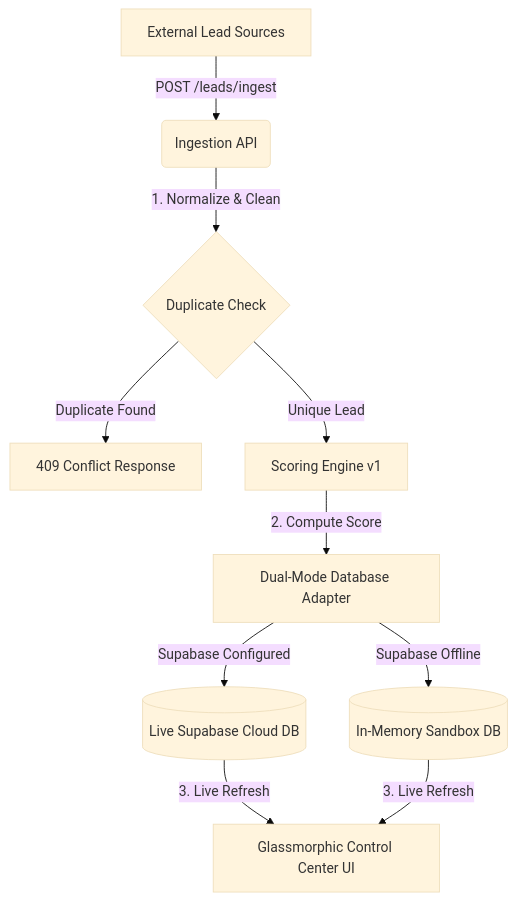
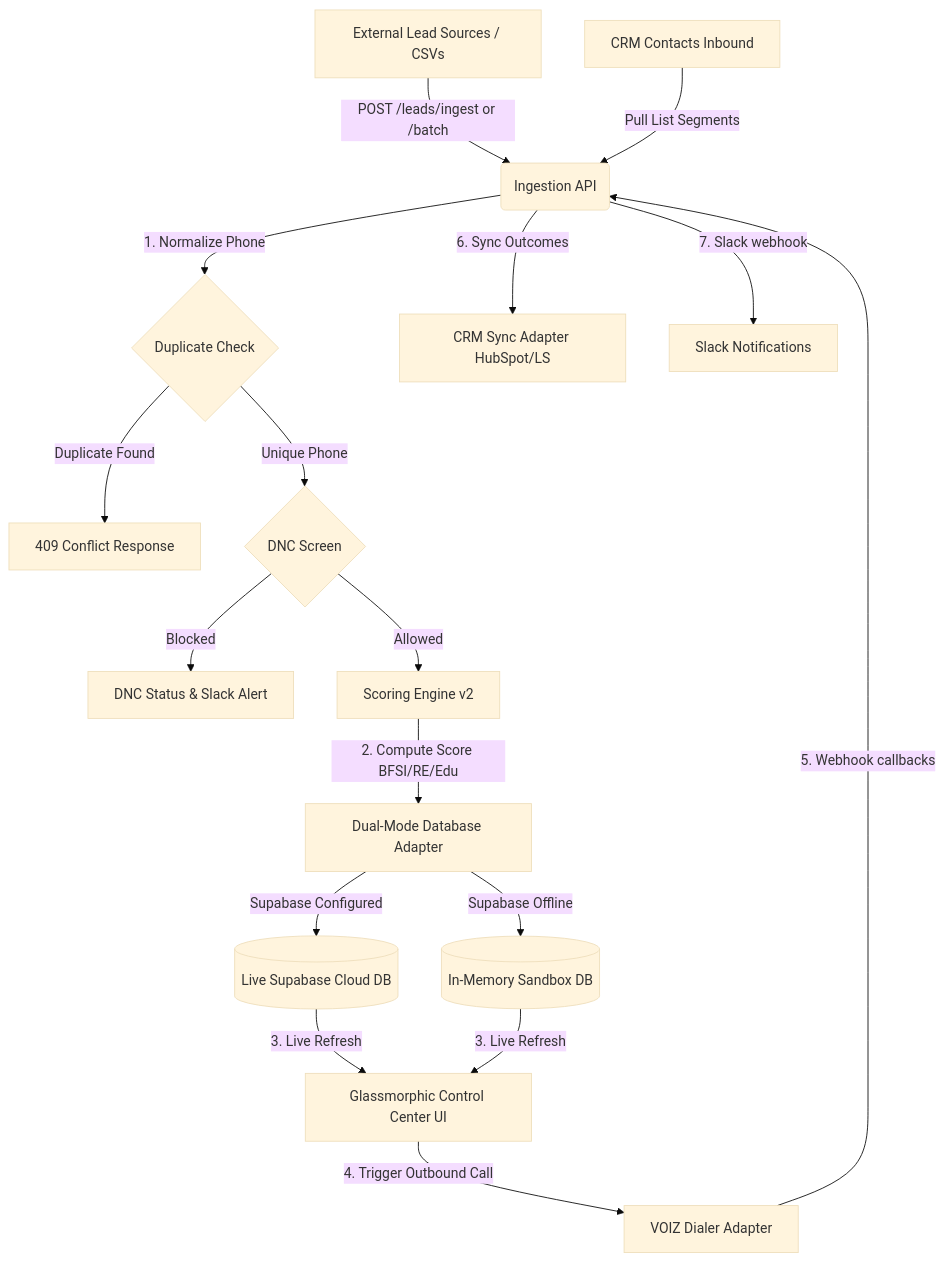
The diagram in README.md (arpansingha7/LEADX), drawn with Mermaid (base theme) before and after one commit. The commit also changed other lines of this file and 2 other files, not shown here.

````diff
--- a/README.md
+++ b/README.md
@@ -16,11 +16,18 @@
 ```mermaid
 flowchart TD
-    A[External Lead Sources] -->|POST /leads/ingest| B(Ingestion API)
-    B -->|1. Normalize & Clean| C{Duplicate Check}
+    A[External Lead Sources / CSVs] -->|POST /leads/ingest or /batch| B(Ingestion API)
+    CRM[CRM Contacts Inbound] -->|Pull List Segments| B
+    B -->|1. Normalize Phone| C{Duplicate Check}
     C -->|Duplicate Found| D[409 Conflict Response]
-    C -->|Unique Lead| E[Scoring Engine v1]
-    E -->|2. Compute Score| F[Dual-Mode Database Adapter]
-    F -->|Supabase Configured| G[(Live Supabase Cloud DB)]
-    F -->|Supabase Offline| H[(In-Memory Sandbox DB)]
-    G & H -->|3. Live Refresh| I[Glassmorphic Control Center UI]
+    C -->|Unique Phone| E{DNC Screen}
+    E -->|Blocked| F[DNC Status & Slack Alert]
+    E -->|Allowed| G[Scoring Engine v2]
+    G -->|2. Compute Score BFSI/RE/Edu| H[Dual-Mode Database Adapter]
+    H -->|Supabase Configured| I[(Live Supabase Cloud DB)]
+    H -->|Supabase Offline| J[(In-Memory Sandbox DB)]
+    I & J -->|3. Live Refresh| K[Glassmorphic Control Center UI]
+    K -->|4. Trigger Outbound Call| L[VOIZ Dialer Adapter]
+    L -->|5. Webhook callbacks| B
+    B -->|6. Sync Outcomes| M[CRM Sync Adapter HubSpot/LS]
+    B -->|7. Slack webhook| N[Slack Notifications]
 ```
````
